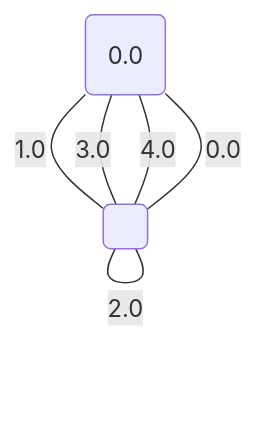
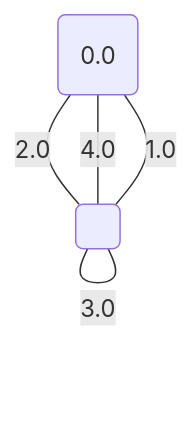
Before and after one commit to metury/graphs: the fifth of 5 diagrams in project/src/testing/minCut.md, drawn with Mermaid. The commit also changed other lines of this file and 50 other files, not shown here.

````diff
--- a/project/src/testing/minCut.md
+++ b/project/src/testing/minCut.md
@@ -81,10 +81,10 @@
 ```mermaid
 graph TD;
 0("0.0");
 1(" ");
-	1 -- "0.0" --- 0;
-	0 -- "1.0" --- 1;
-	1 -- "2.0" --- 1;
-	0 -- "3.0" --- 1;
+	1 -- "0.0" --- 1;
+	1 -- "1.0" --- 0;
+	0 -- "2.0" --- 1;
+	1 -- "3.0" --- 1;
 	0 -- "4.0" --- 1;
 ```
````
